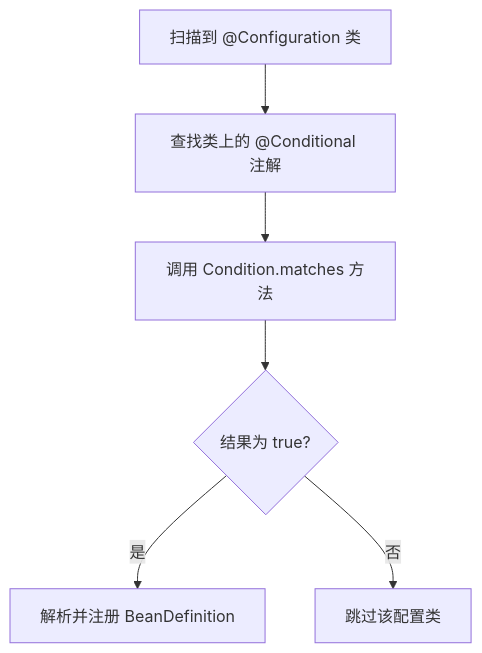
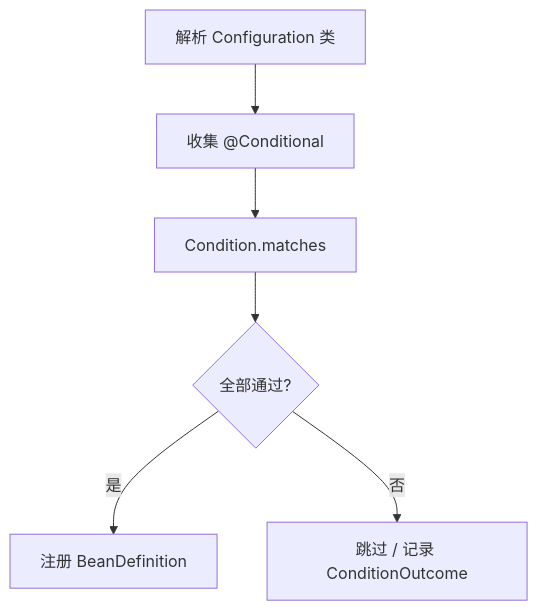
One commit to Aiden-Coding/AiDocs changed the diagram in docs/java/spring/29-springboot-conditional-autoconfig.md. Above: the diagram before and after it, drawn with Mermaid. The commit also changed other lines of this file and 21 other files, not shown here.

````diff
--- a/docs/java/spring/29-springboot-conditional-autoconfig.md
+++ b/docs/java/spring/29-springboot-conditional-autoconfig.md
@@ -39,8 +33,8 @@
 ```mermaid
-graph TD
-    A[扫描到 @Configuration 类] --> B[查找类上的 @Conditional 注解]
-    B --> C[调用 Condition.matches 方法]
-    C --> D{结果为 true?}
-    D -- 是 --> E[解析并注册 BeanDefinition]
-    D -- 否 --> F[跳过该配置类]
+flowchart TD
+    A[解析 Configuration 类] --> B[收集 @Conditional]
+    B --> C[Condition.matches]
+    C --> D{全部通过?}
+    D -->|是| E[注册 BeanDefinition]
+    D -->|否| F[跳过 / 记录 ConditionOutcome]
 ```
````
